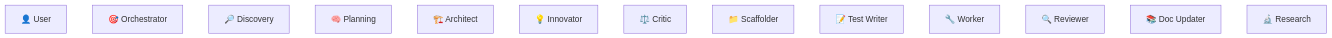
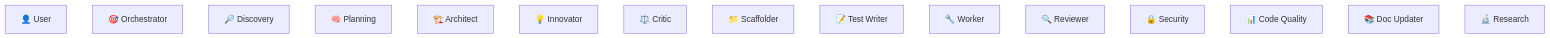
Before and after one commit to Doumajnik/template: the diagram in .ai/DISPATCH_LOG_TEMPLATE.md, drawn with Mermaid. The commit also changed 12 other files, not shown here.

````diff
--- a/.ai/DISPATCH_LOG_TEMPLATE.md
+++ b/.ai/DISPATCH_LOG_TEMPLATE.md
@@ -48,20 +48,22 @@
 ```mermaid
 flowchart TD
     U["👤 User"]
     O["🎯 Orchestrator"]
     D["🔎 Discovery"]
     PL["🧠 Planning"]
     A["🏗️ Architect"]
     IN["💡 Innovator"]
     C["⚖️ Critic"]
     S["📁 Scaffolder"]
     TW["📝 Test Writer"]
     W["🔧 Worker"]
     R["🔍 Reviewer"]
+    SEC["🔒 Security"]
+    CQ["📊 Code Quality"]
     DU["📚 Doc Updater"]
     RE["🔬 Research"]
 
     %% === Dispatch entries are inserted below === %%
     %% Example: O -->|"task description"| A
     %% DISPATCH_INSERT_HERE
 ```
````
